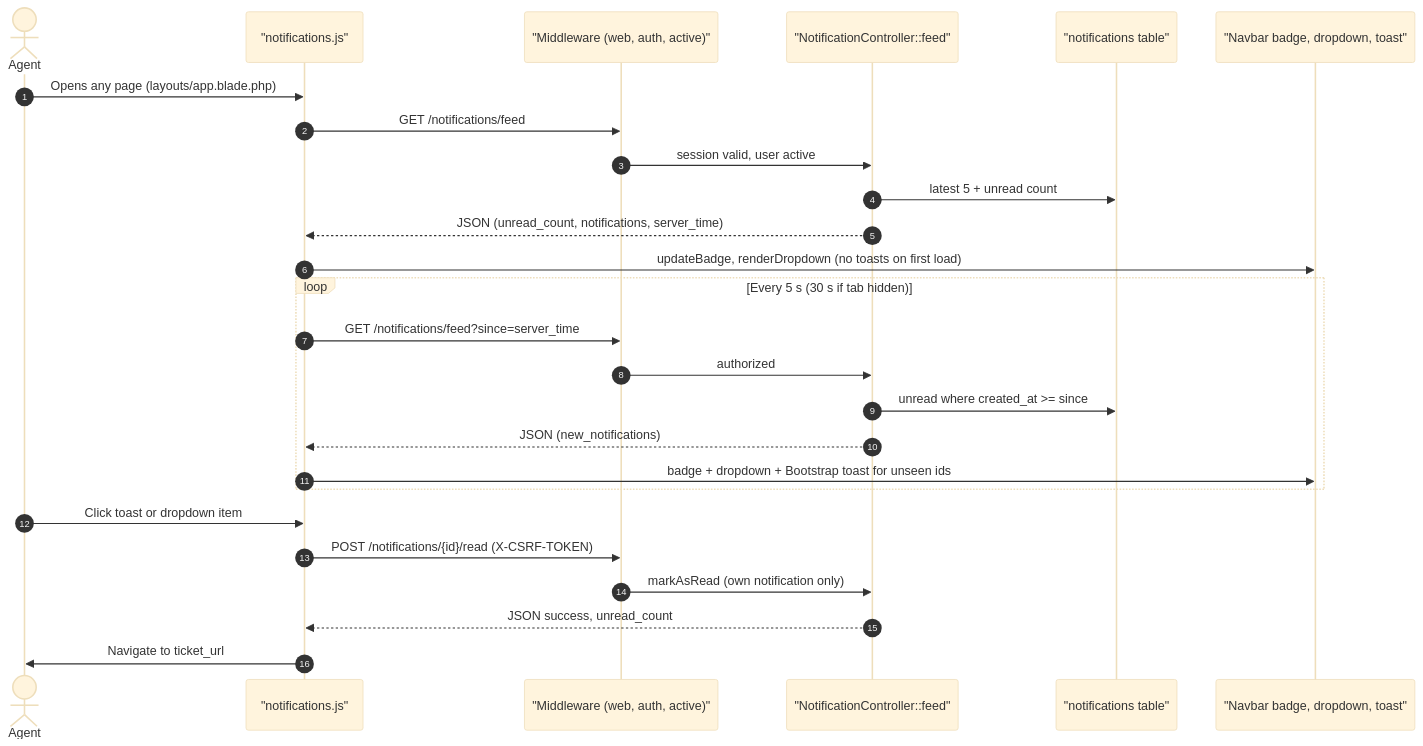
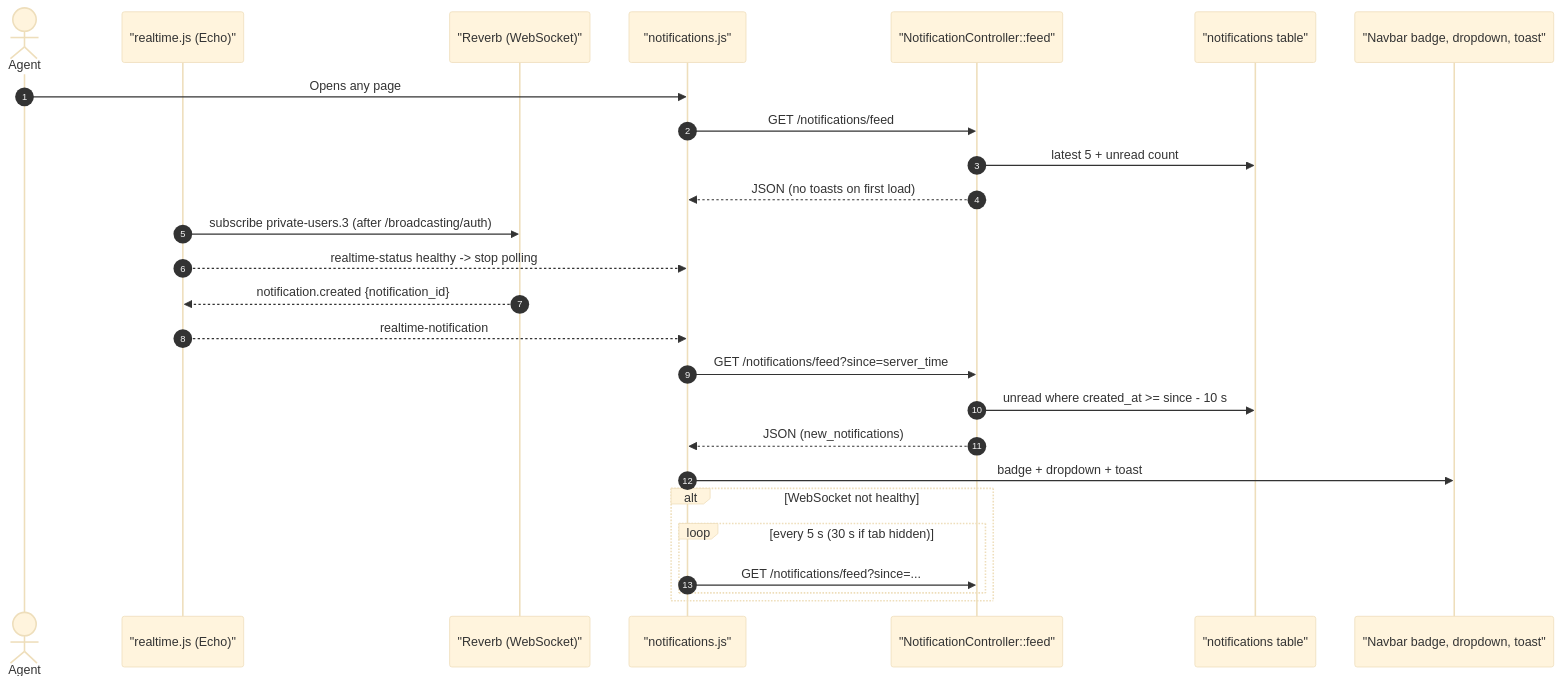
Before and after one commit to Saif-Mahmud-Khan-Dourjoy/ResolveDesk: the second of 2 diagrams in docs/07-UI-TO-BACKEND-MAPPING.md, drawn with Mermaid (base theme). The commit also changed other lines of this file and 140 other files, not shown here.

````diff
--- a/docs/07-UI-TO-BACKEND-MAPPING.md
+++ b/docs/07-UI-TO-BACKEND-MAPPING.md
@@ -519,29 +695,29 @@
 ```mermaid
 sequenceDiagram
     autonumber
     actor Agent
+    participant RT as "realtime.js (Echo)"
+    participant Reverb as "Reverb (WebSocket)"
     participant JS as "notifications.js"
-    participant MW as "Middleware (web, auth, active)"
     participant NC as "NotificationController::feed"
     participant DB as "notifications table"
     participant DOM as "Navbar badge, dropdown, toast"
 
-    Agent->>JS: Opens any page (layouts/app.blade.php)
-    JS->>MW: GET /notifications/feed
-    MW->>NC: session valid, user active
+    Agent->>JS: Opens any page
+    JS->>NC: GET /notifications/feed
     NC->>DB: latest 5 + unread count
-    NC-->>JS: JSON (unread_count, notifications, server_time)
-    JS->>DOM: updateBadge, renderDropdown (no toasts on first load)
-    loop Every 5 s (30 s if tab hidden)
-        JS->>MW: GET /notifications/feed?since=server_time
-        MW->>NC: authorized
-        NC->>DB: unread where created_at >= since
-        NC-->>JS: JSON (new_notifications)
-        JS->>DOM: badge + dropdown + Bootstrap toast for unseen ids
+    NC-->>JS: JSON (no toasts on first load)
+    RT->>Reverb: subscribe private-users.3 (after /broadcasting/auth)
+    RT-->>JS: realtime-status healthy -> stop polling
+    Reverb-->>RT: notification.created {notification_id}
+    RT-->>JS: realtime-notification
+    JS->>NC: GET /notifications/feed?since=server_time
+    NC->>DB: unread where created_at >= since - 10 s
+    NC-->>JS: JSON (new_notifications)
+    JS->>DOM: badge + dropdown + toast
+    alt WebSocket not healthy
+        loop every 5 s (30 s if tab hidden)
+            JS->>NC: GET /notifications/feed?since=...
+        end
     end
-    Agent->>JS: Click toast or dropdown item
-    JS->>MW: POST /notifications/{id}/read (X-CSRF-TOKEN)
-    MW->>NC: markAsRead (own notification only)
-    NC-->>JS: JSON success, unread_count
-    JS->>Agent: Navigate to ticket_url
 ```
````
